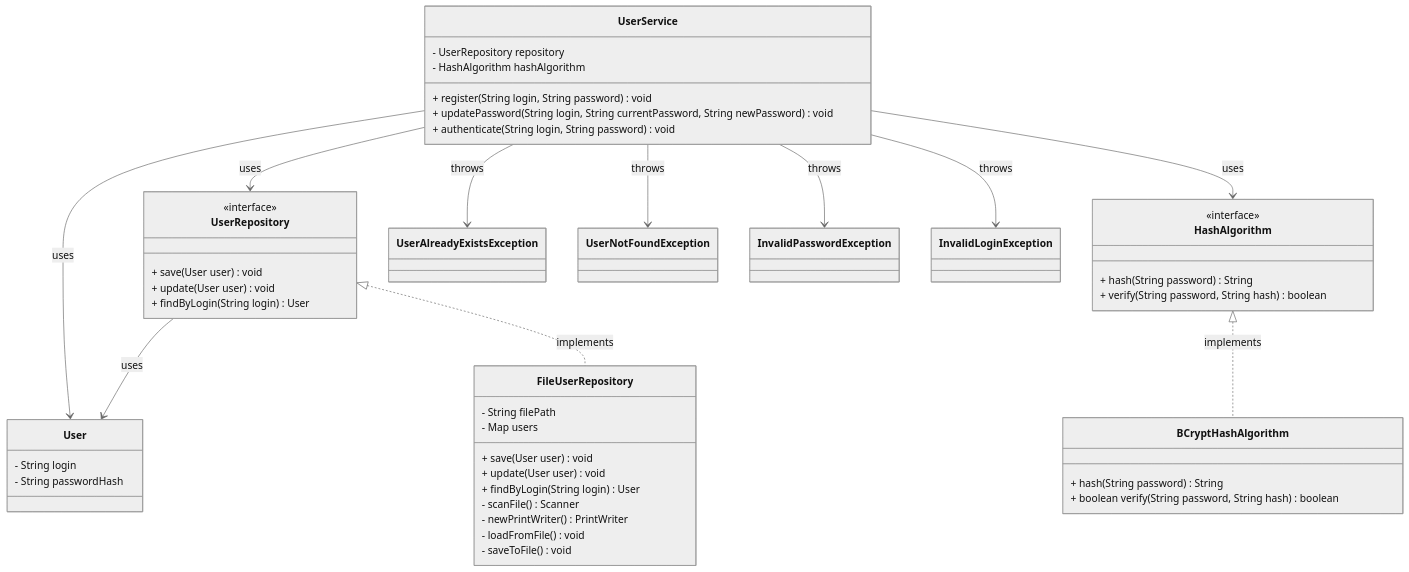
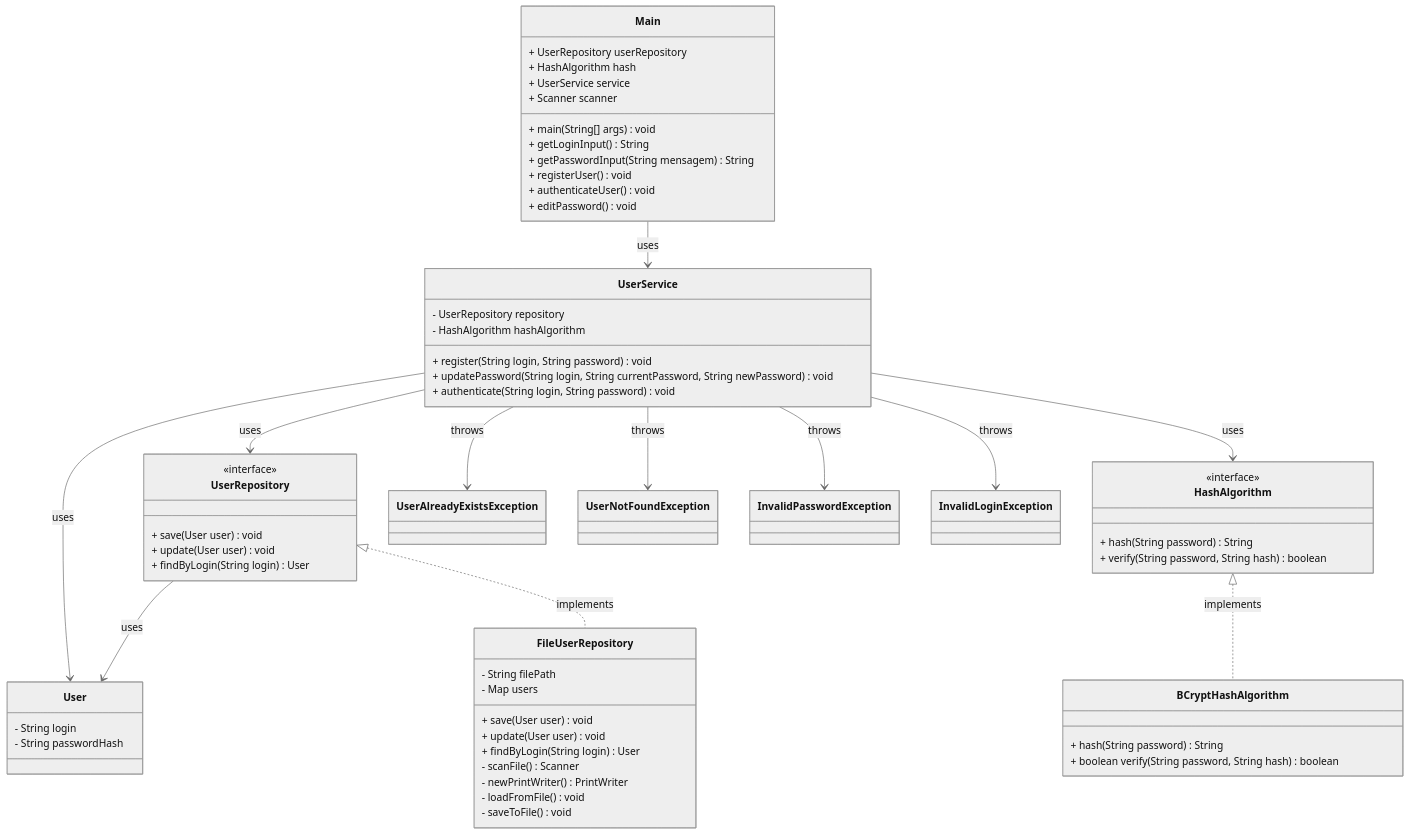
The diagram in README.md (sioterino/auth-seg-lab), drawn with Mermaid (neutral theme) before and after one commit.

````diff
--- a/README.md
+++ b/README.md
@@ -45,5 +45,21 @@
 ``` mermaid
 classDiagram
+
+    class Main {
+        + UserRepository userRepository
+        + HashAlgorithm hash
+        + UserService service
+        + Scanner scanner
+        
+        + main(String[] args) void
+        
+        + getLoginInput() String
+        + getPasswordInput(String mensagem) String
+        
+        + registerUser() void
+        + authenticateUser() void
+        + editPassword() void
+    }
 
     class User {
         - String login
@@ -96,6 +112,8 @@
     class InvalidPasswordException
     class InvalidLoginException
     
+    Main --> UserService : uses
+    
     UserService --> UserRepository : uses
     UserService --> HashAlgorithm : uses
     UserService --> User : uses
````
